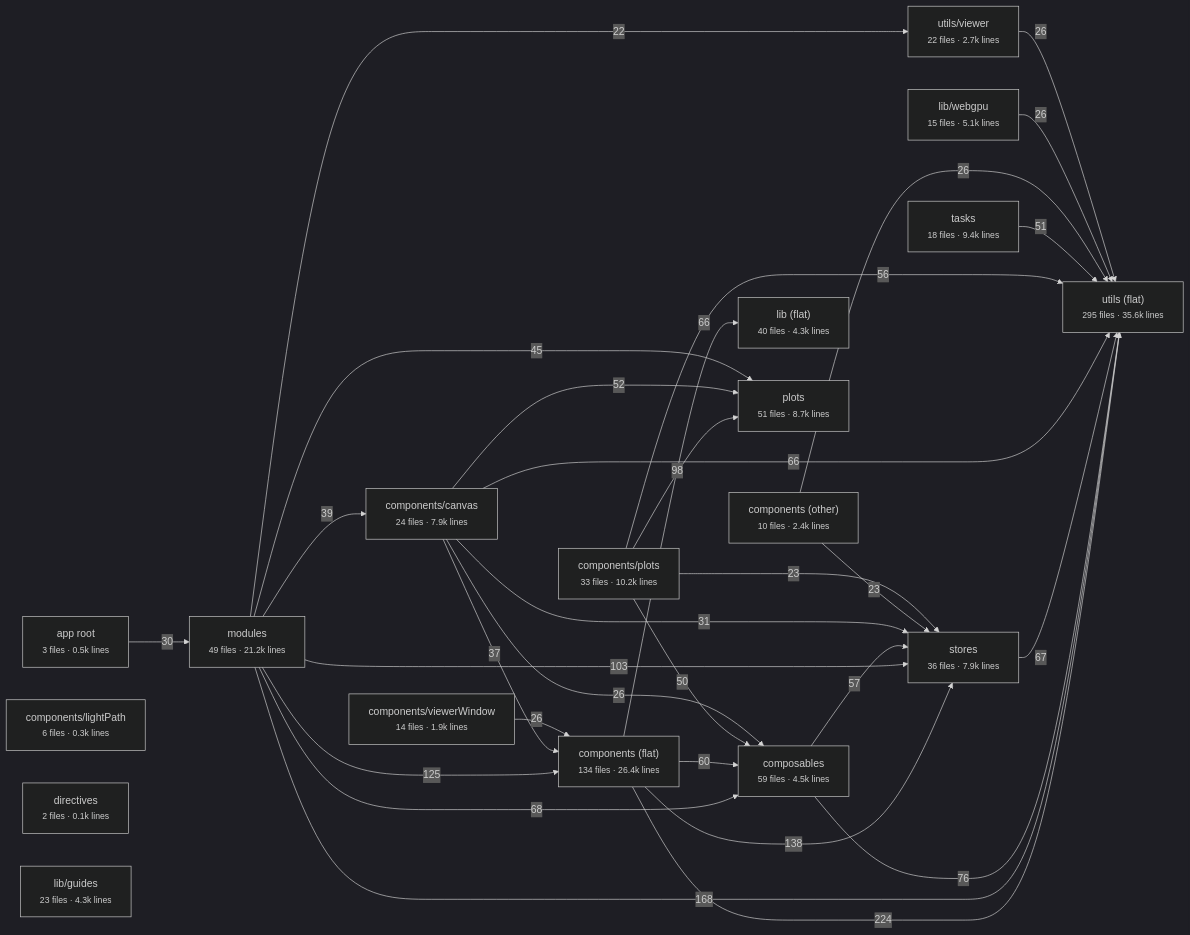
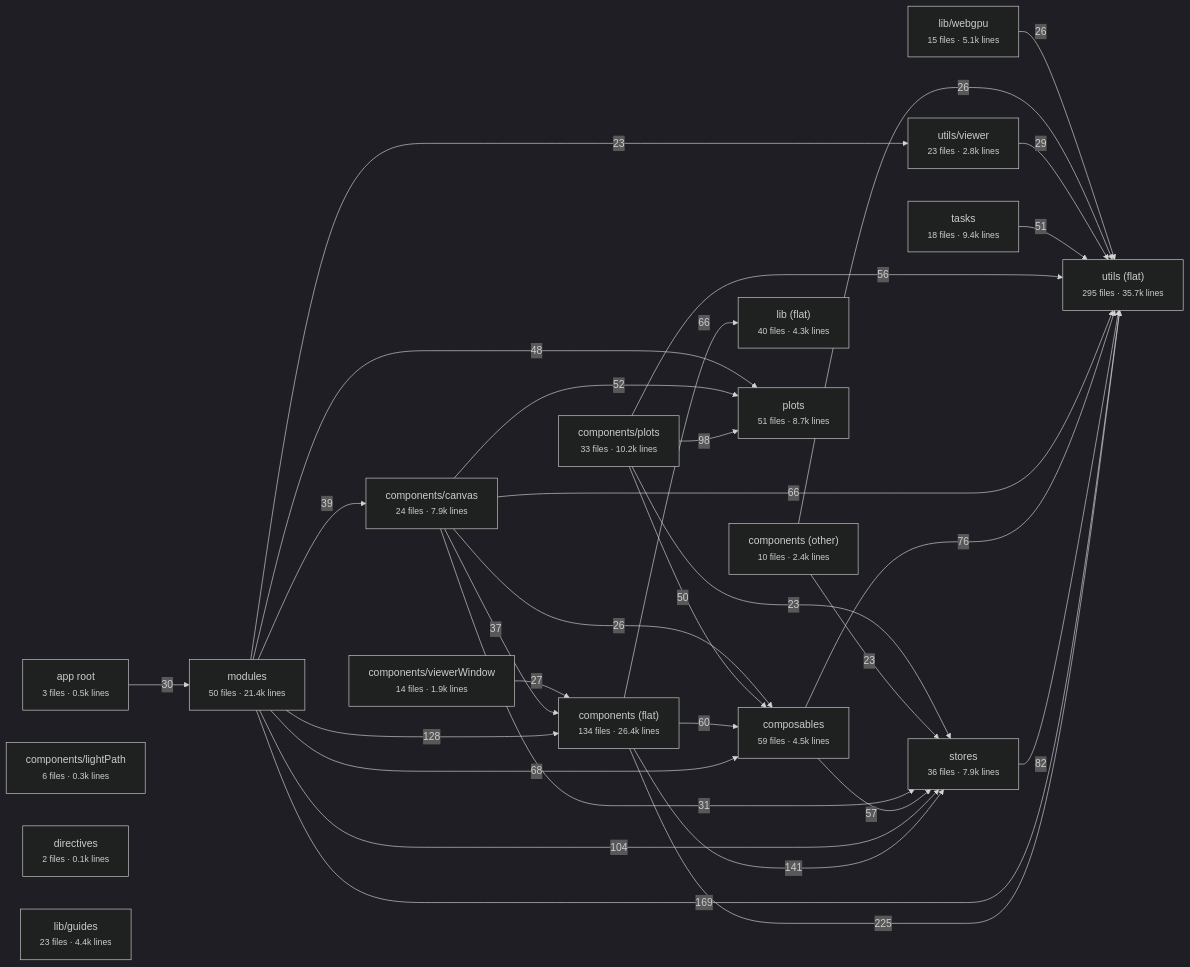
The diagram in docs/architecture/vue/layers.md (schienstockd/cecelia), drawn with Mermaid (dark theme) before and after one commit. The commit also changed other lines of this file and 30 other files, not shown here.

First line of the commit message:
refactor(frontend): stores onto utils/api.ts, closes the fetch-direct gap

````diff
--- a/docs/architecture/vue/layers.md
+++ b/docs/architecture/vue/layers.md
@@ -10,51 +10,51 @@
 ```mermaid
 flowchart LR
   app_root["app root<br/><small>3 files · 0.5k lines</small>"]
   components__flat_["components (flat)<br/><small>134 files · 26.4k lines</small>"]
   components__other_["components (other)<br/><small>10 files · 2.4k lines</small>"]
   components_canvas["components/canvas<br/><small>24 files · 7.9k lines</small>"]
   components_lightPath["components/lightPath<br/><small>6 files · 0.3k lines</small>"]
   components_plots["components/plots<br/><small>33 files · 10.2k lines</small>"]
   components_viewerWindow["components/viewerWindow<br/><small>14 files · 1.9k lines</small>"]
   composables["composables<br/><small>59 files · 4.5k lines</small>"]
   directives["directives<br/><small>2 files · 0.1k lines</small>"]
   lib__flat_["lib (flat)<br/><small>40 files · 4.3k lines</small>"]
-  lib_guides["lib/guides<br/><small>23 files · 4.3k lines</small>"]
+  lib_guides["lib/guides<br/><small>23 files · 4.4k lines</small>"]
   lib_webgpu["lib/webgpu<br/><small>15 files · 5.1k lines</small>"]
-  modules["modules<br/><small>49 files · 21.2k lines</small>"]
+  modules["modules<br/><small>50 files · 21.4k lines</small>"]
   plots["plots<br/><small>51 files · 8.7k lines</small>"]
   stores["stores<br/><small>36 files · 7.9k lines</small>"]
   tasks["tasks<br/><small>18 files · 9.4k lines</small>"]
-  utils__flat_["utils (flat)<br/><small>295 files · 35.6k lines</small>"]
-  utils_viewer["utils/viewer<br/><small>22 files · 2.7k lines</small>"]
-  components__flat_ -->|224| utils__flat_
-  modules -->|168| utils__flat_
-  components__flat_ -->|138| stores
-  modules -->|125| components__flat_
-  modules -->|103| stores
+  utils__flat_["utils (flat)<br/><small>295 files · 35.7k lines</small>"]
+  utils_viewer["utils/viewer<br/><small>23 files · 2.8k lines</small>"]
+  components__flat_ -->|225| utils__flat_
+  modules -->|169| utils__flat_
+  components__flat_ -->|141| stores
+  modules -->|128| components__flat_
+  modules -->|104| stores
   components_plots -->|98| plots
+  stores -->|82| utils__flat_
   composables -->|76| utils__flat_
   modules -->|68| composables
-  stores -->|67| utils__flat_
   components__flat_ -->|66| lib__flat_
   components_canvas -->|66| utils__flat_
   components__flat_ -->|60| composables
   composables -->|57| stores
   components_plots -->|56| utils__flat_
   components_canvas -->|52| plots
   tasks -->|51| utils__flat_
   components_plots -->|50| composables
-  modules -->|45| plots
+  modules -->|48| plots
   modules -->|39| components_canvas
   components_canvas -->|37| components__flat_
   components_canvas -->|31| stores
   app_root -->|30| modules
+  utils_viewer -->|29| utils__flat_
+  components_viewerWindow -->|27| components__flat_
   components__other_ -->|26| utils__flat_
   components_canvas -->|26| composables
-  components_viewerWindow -->|26| components__flat_
   lib_webgpu -->|26| utils__flat_
-  utils_viewer -->|26| utils__flat_
   components__other_ -->|23| stores
   components_plots -->|23| stores
-  modules -->|22| utils_viewer
+  modules -->|23| utils_viewer
 ```
````
